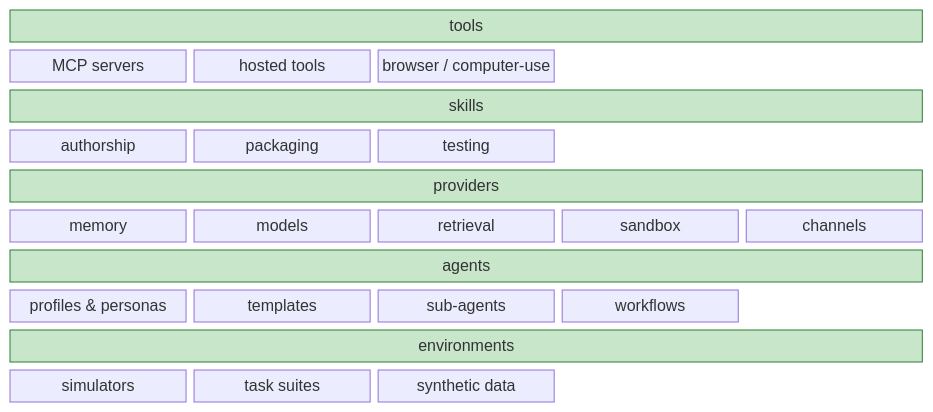
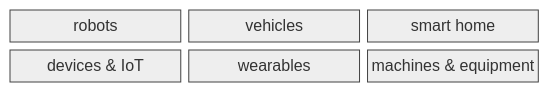
Before and after one commit to michaelatamuk/agentic-desk: the third of 5 diagrams in docs-michael/agentic-stack-vertical.md, drawn with Mermaid. The commit also changed other lines of this file, not shown here.

````diff
--- a/docs-michael/agentic-stack-vertical.md
+++ b/docs-michael/agentic-stack-vertical.md
@@ -170,19 +61,12 @@
 ```mermaid
 block-beta
-  columns 5
-  C1["tools"]:5
-  c1["MCP servers"] c2["hosted tools"] c3["browser / computer-use"] space space
-  C2["skills"]:5
-  c4["authorship"] c5["packaging"] c6["testing"] space space
-  C3["providers"]:5
-  c7["memory"] c8["models"] c9["retrieval"] c10["sandbox"] c11["channels"]
-  C4["agents"]:5
-  c12["profiles & personas"] c13["templates"] c14["sub-agents"] c15["workflows"] space
-  C5["environments"]:5
-  c16["simulators"] c17["task suites"] c18["synthetic data"] space space
-  style C1 fill:#c8e6c9,stroke:#2e7d32,color:#000000
-  style C2 fill:#c8e6c9,stroke:#2e7d32,color:#000000
-  style C3 fill:#c8e6c9,stroke:#2e7d32,color:#000000
-  style C4 fill:#c8e6c9,stroke:#2e7d32,color:#000000
-  style C5 fill:#c8e6c9,stroke:#2e7d32,color:#000000
+  columns 3
+  b1["robots"] b2["vehicles"] b3["smart home"]
+  b4["devices & IoT"] b5["wearables"] b6["machines & equipment"]
+  style b1 fill:#eeeeee,stroke:#424242,color:#000000
+  style b2 fill:#eeeeee,stroke:#424242,color:#000000
+  style b3 fill:#eeeeee,stroke:#424242,color:#000000
+  style b4 fill:#eeeeee,stroke:#424242,color:#000000
+  style b5 fill:#eeeeee,stroke:#424242,color:#000000
+  style b6 fill:#eeeeee,stroke:#424242,color:#000000
 ```
````
